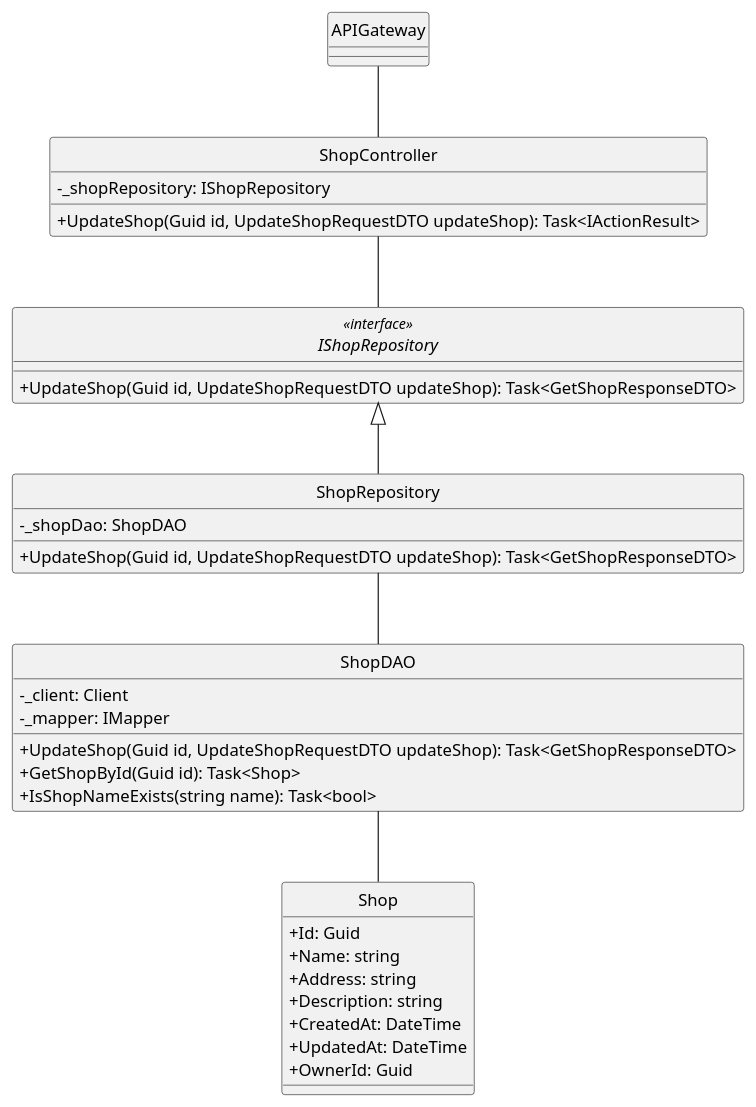
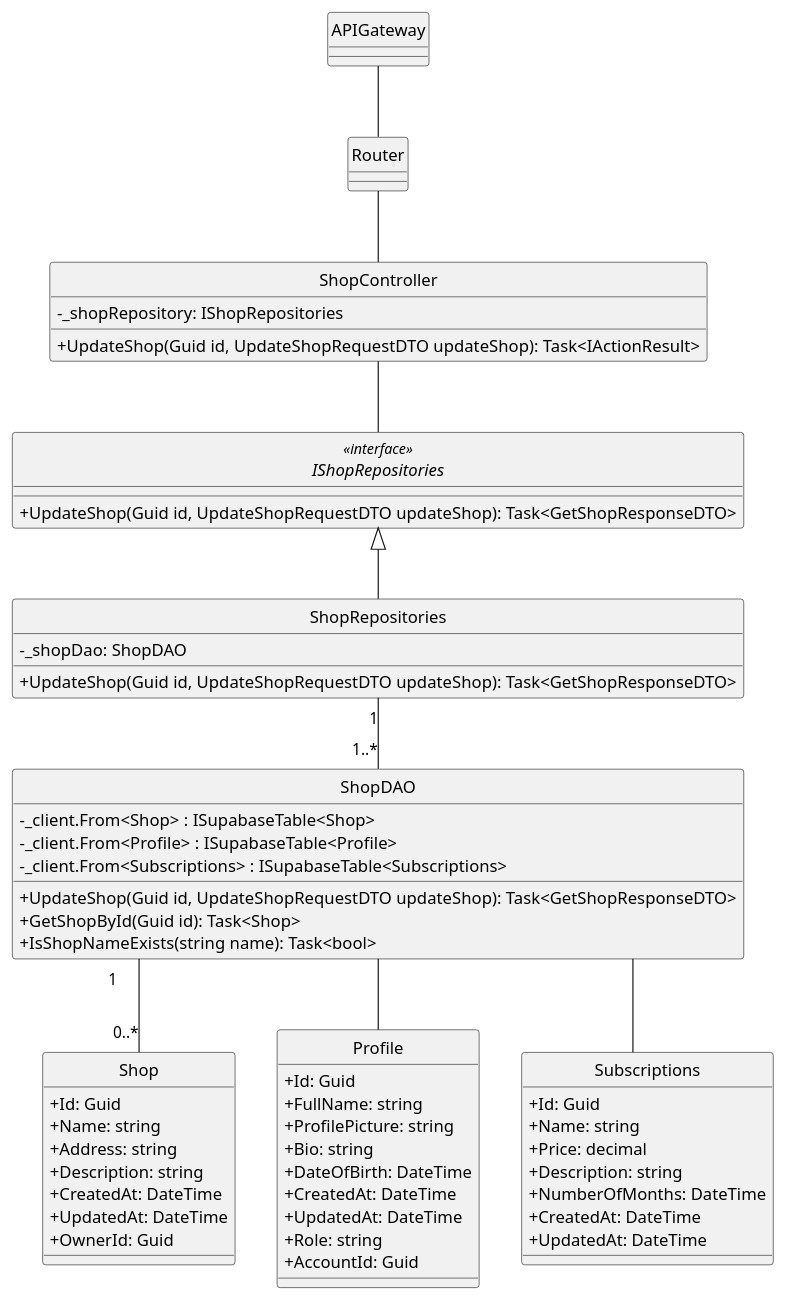
One commit to minhnhut23/FPT-OBOMS changed the diagram in docs/ClassDiagram/Shop/UpdateShop.plantuml. Above: the diagram before and after it, drawn with PlantUML. The commit also changed 9 other files, not shown here.

```diff
--- a/docs/ClassDiagram/Shop/UpdateShop.plantuml
+++ b/docs/ClassDiagram/Shop/UpdateShop.plantuml
@@ -1,46 +1,75 @@
 @startuml
 hide circle
 skinparam classAttributeIconSize 0
 skinparam linetype ortho
 
 class APIGateway {
 }
 
+class Router {
+}
+
 class ShopController {
-    - _shopRepository: IShopRepository
+    - _shopRepository: IShopRepositories
     + UpdateShop(Guid id, UpdateShopRequestDTO updateShop): Task<IActionResult>
 }
 
-interface IShopRepository<<interface>> {
+interface IShopRepositories<<interface>> {
     + UpdateShop(Guid id, UpdateShopRequestDTO updateShop): Task<GetShopResponseDTO>
 }
 
-class ShopRepository {
+class ShopRepositories {
     - _shopDao: ShopDAO
     + UpdateShop(Guid id, UpdateShopRequestDTO updateShop): Task<GetShopResponseDTO>
 }
 
 class ShopDAO {
-    - _client: Client
-    - _mapper: IMapper
+    - _client.From<Shop> : ISupabaseTable<Shop>
+    - _client.From<Profile> : ISupabaseTable<Profile>
+    - _client.From<Subscriptions> : ISupabaseTable<Subscriptions>
     + UpdateShop(Guid id, UpdateShopRequestDTO updateShop): Task<GetShopResponseDTO>
     + GetShopById(Guid id): Task<Shop>
     + IsShopNameExists(string name): Task<bool>
 }
 
 class Shop {
     + Id: Guid
     + Name: string
     + Address: string
     + Description: string
     + CreatedAt: DateTime
     + UpdatedAt: DateTime
     + OwnerId: Guid
 }
 
-APIGateway -- ShopController
-ShopController -- IShopRepository
-IShopRepository <|-- ShopRepository
-ShopRepository -- ShopDAO
-ShopDAO -- Shop
+class Profile {
+    + Id: Guid
+    + FullName: string
+    + ProfilePicture: string
+    + Bio: string
+    + DateOfBirth: DateTime
+    + CreatedAt: DateTime
+    + UpdatedAt: DateTime
+    + Role: string
+    + AccountId: Guid
+}
+
+class Subscriptions {
+    + Id: Guid
+    + Name: string
+    + Price: decimal
+    + Description: string
+    + NumberOfMonths: DateTime
+    + CreatedAt: DateTime
+    + UpdatedAt: DateTime
+}
+
+APIGateway --  Router
+Router -- ShopController
+ShopController -- IShopRepositories
+IShopRepositories <|-- ShopRepositories
+ShopRepositories "1"--"1..*" ShopDAO
+ShopDAO "1" -- "0..*" Shop
+ShopDAO -- Profile
+ShopDAO -- Subscriptions
 @enduml
```
